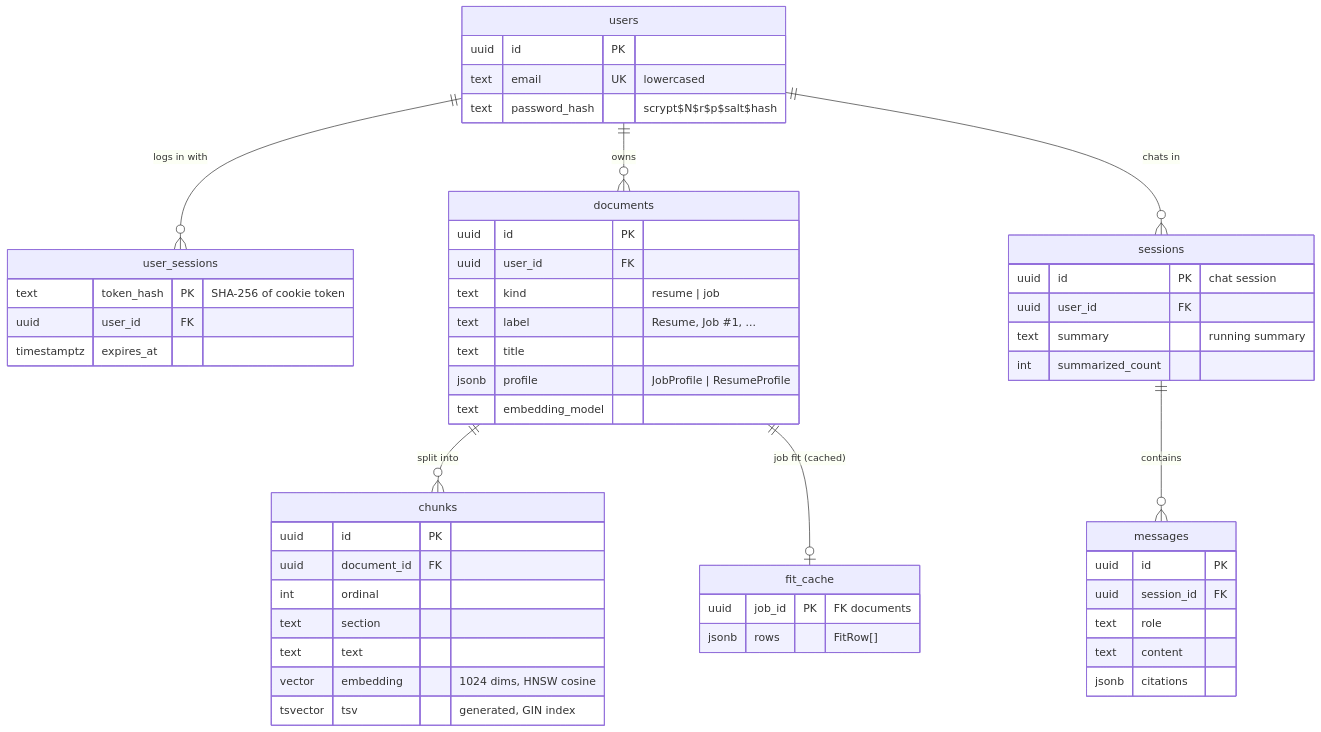
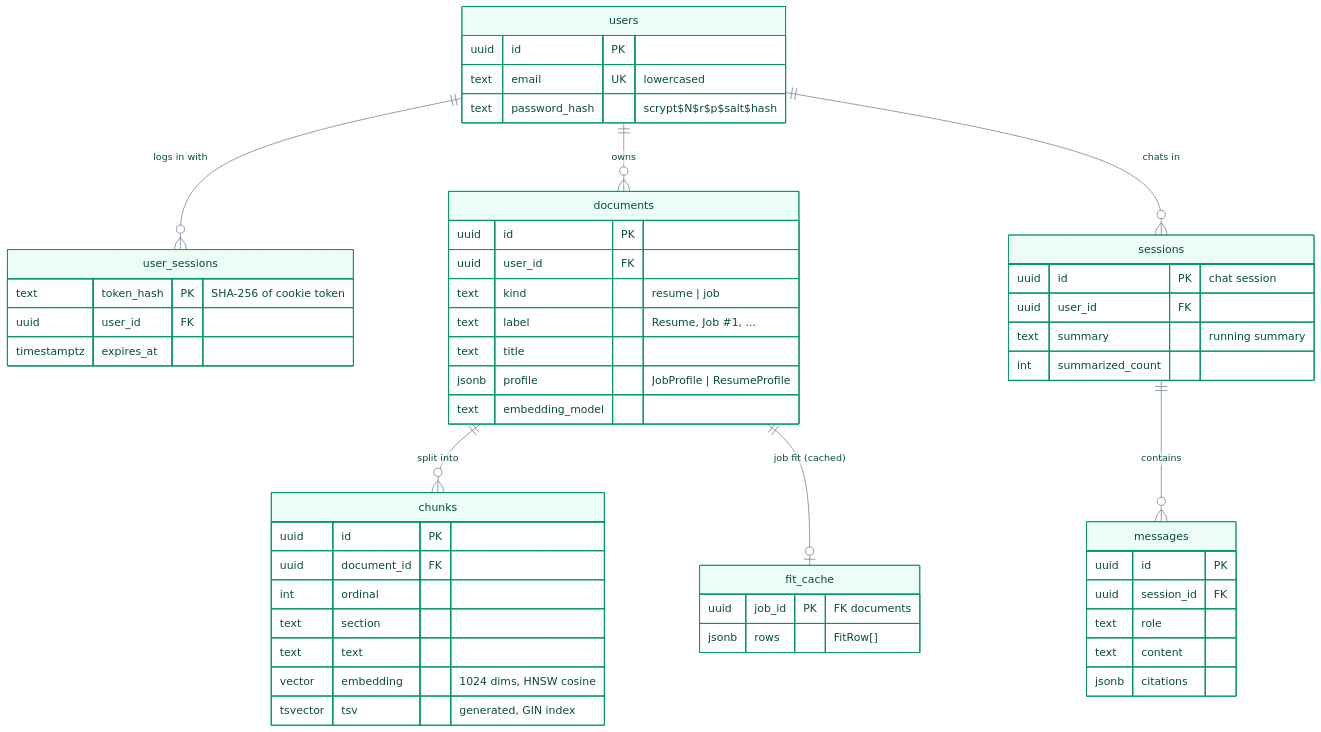
One commit to mrussum/practice-intel changed the seventh of 9 diagrams in docs/architecture.md. Above: the diagram before and after it, drawn with Mermaid. The commit also changed other lines of this file, not shown here.

First line of the commit message:
docs: colour-code the architecture diagrams

````diff
--- a/docs/architecture.md
+++ b/docs/architecture.md
@@ -224,55 +307,56 @@
 ```mermaid
+%%{init: {"theme":"base","themeCSS":".labelBkg, .relationshipLabelBox { background-color: #FFFFFF !important; opacity: 1 !important; } .relationshipLabelBox rect { opacity: 1 !important; }","themeVariables":{"primaryColor":"#ECFDF5","primaryBorderColor":"#059669","primaryTextColor":"#064E3B","lineColor":"#64748B","attributeBackgroundColorOdd":"#FFFFFF","attributeBackgroundColorEven":"#F0FDF4","tertiaryColor":"#FFFFFF","edgeLabelBackground":"#FFFFFF","relationLabelBackground":"#FFFFFF","relationLabelColor":"#064E3B"}}}%%
 erDiagram
   users ||--o{ user_sessions : "logs in with"
   users ||--o{ documents : owns
   users ||--o{ sessions : "chats in"
   documents ||--o{ chunks : "split into"
   documents ||--o| fit_cache : "job fit (cached)"
   sessions ||--o{ messages : contains
 
   users {
     uuid id PK
     text email UK "lowercased"
     text password_hash "scrypt$N$r$p$salt$hash"
   }
   user_sessions {
     text token_hash PK "SHA-256 of cookie token"
     uuid user_id FK
     timestamptz expires_at
   }
   documents {
     uuid id PK
     uuid user_id FK
     text kind "resume | job"
     text label "Resume, Job #1, ..."
     text title
     jsonb profile "JobProfile | ResumeProfile"
     text embedding_model
   }
   chunks {
     uuid id PK
     uuid document_id FK
     int ordinal
     text section
     text text
     vector embedding "1024 dims, HNSW cosine"
     tsvector tsv "generated, GIN index"
   }
   fit_cache {
     uuid job_id PK "FK documents"
     jsonb rows "FitRow[]"
   }
   sessions {
     uuid id PK "chat session"
     uuid user_id FK
     text summary "running summary"
     int summarized_count
   }
   messages {
     uuid id PK
     uuid session_id FK
     text role
     text content
     jsonb citations
   }
 ```
````
